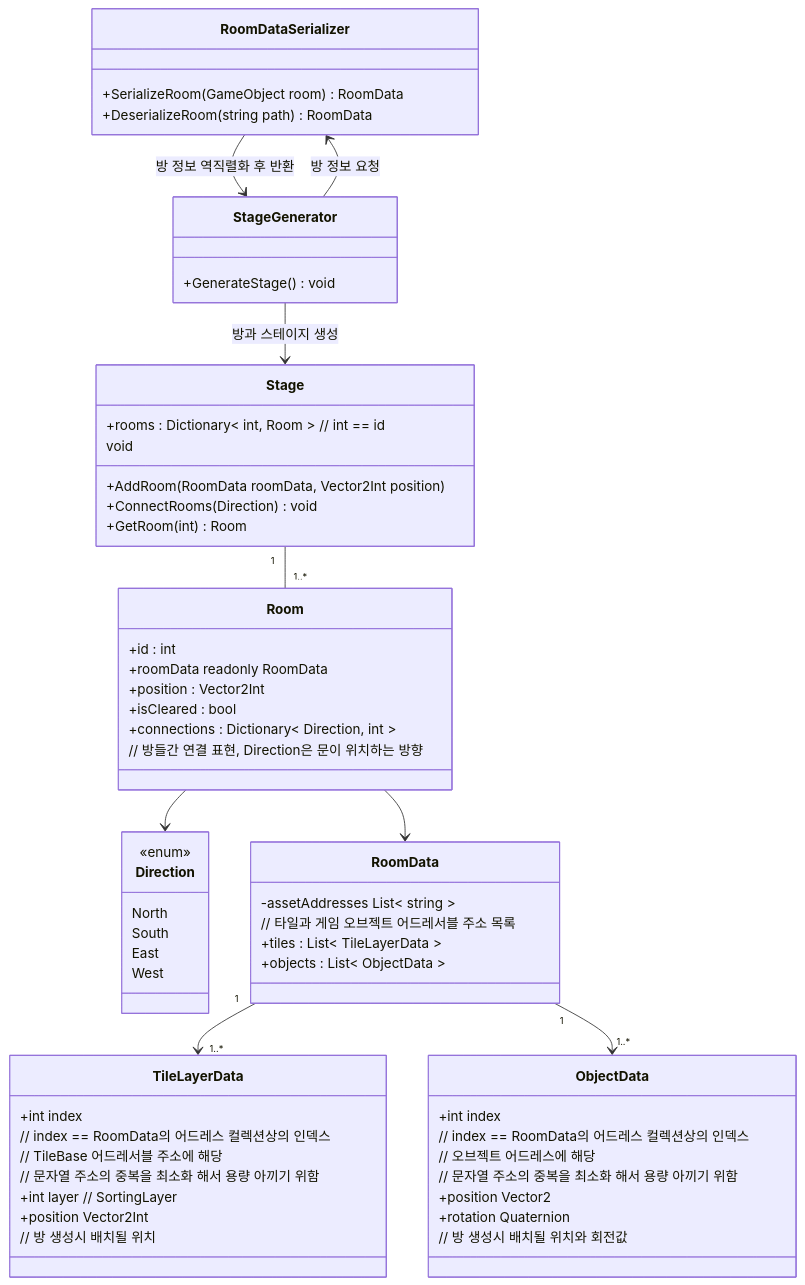
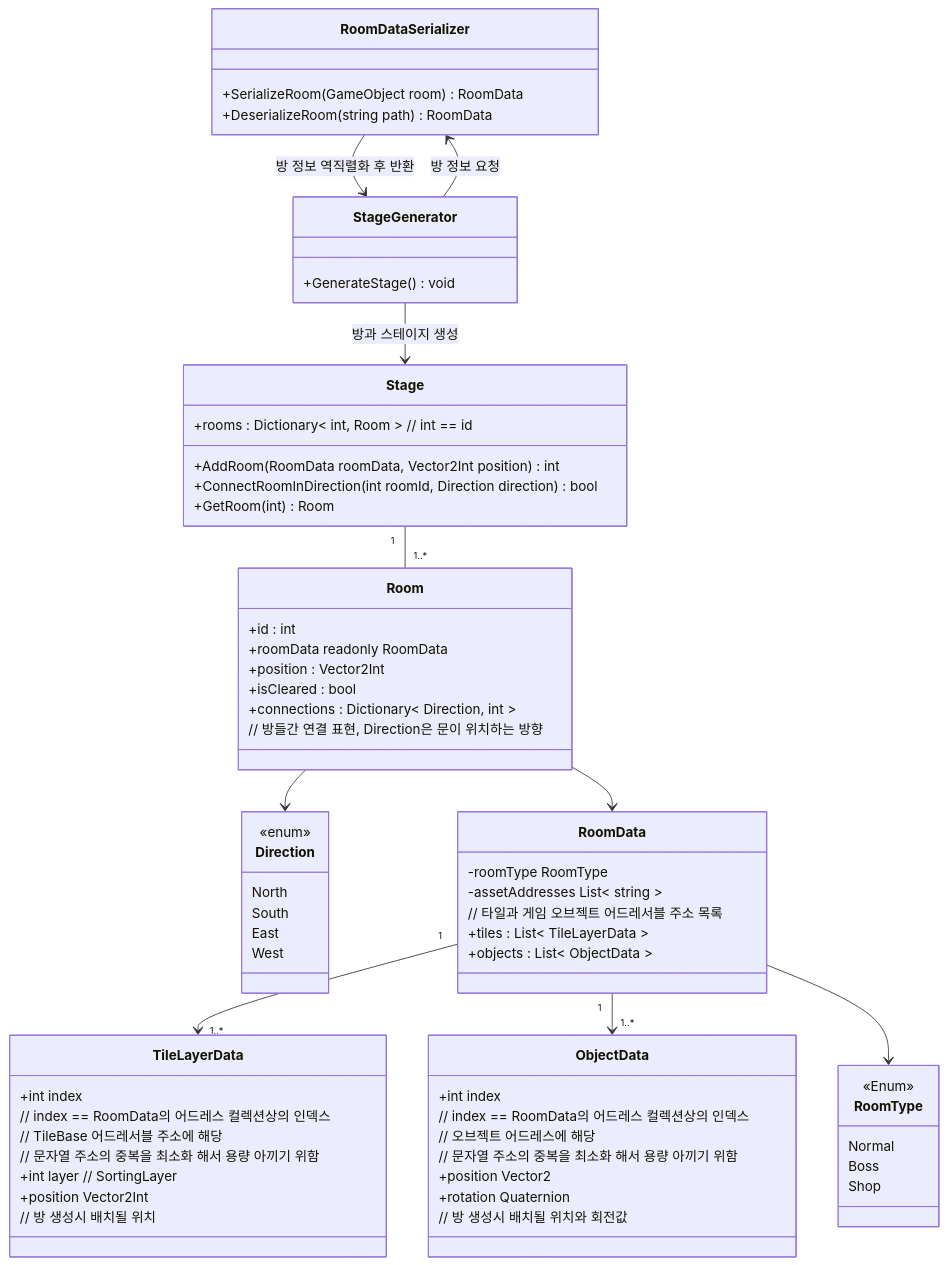
One commit to JIN5EOK/DungeonShooter changed the first of 4 diagrams in Assets/_README/Stage_Spec.md. Above: the diagram before and after it, drawn with Mermaid. The commit also changed other lines of this file, not shown here.

````diff
--- a/Assets/_README/Stage_Spec.md
+++ b/Assets/_README/Stage_Spec.md
@@ -38,67 +7,76 @@
 ```mermaid
 classDiagram
     class Direction {
         <<enum>>
         North
         South
         East
         West
     }
     class Stage {
         +rooms : Dictionary< int, Room > // int == id
-        +AddRoom(RoomData roomData, Vector2Int position) 
-        void
-        +ConnectRooms(Direction) void
+        +AddRoom(RoomData roomData, Vector2Int position) int
+        +ConnectRoomInDirection(int roomId, Direction direction) bool
         +GetRoom(int) Room
     }
     class Room {
         +id : int
         +roomData readonly RoomData 
         +position : Vector2Int
         +isCleared : bool
         +connections : Dictionary< Direction, int > 
         // 방들간 연결 표현, Direction은 문이 위치하는 방향
     }
     class RoomData {
+        -roomType RoomType
         -assetAddresses List< string >
         // 타일과 게임 오브젝트 어드레서블 주소 목록
         +tiles : List< TileLayerData >
         +objects : List< ObjectData >
     }
 
     class TileLayerData{
         +int index
         // index == RoomData의 어드레스 컬렉션상의 인덱스
         // TileBase 어드레서블 주소에 해당
         // 문자열 주소의 중복을 최소화 해서 용량 아끼기 위함
         +int layer // SortingLayer
         +position Vector2Int
         // 방 생성시 배치될 위치
     }
 
     class ObjectData{
         +int index
         // index == RoomData의 어드레스 컬렉션상의 인덱스
         // 오브젝트 어드레스에 해당
         // 문자열 주소의 중복을 최소화 해서 용량 아끼기 위함
         +position Vector2
         +rotation Quaternion
         // 방 생성시 배치될 위치와 회전값
     }
 
     class RoomDataSerializer{
         +SerializeRoom(GameObject room) RoomData
         +DeserializeRoom(string path) RoomData
     }
     class StageGenerator{
         +GenerateStage() void
     }
+
+    class RoomType{
+        <<Enum>>
+        Normal
+        Boss
+        Shop
+    }
+
     Room --> Direction
     StageGenerator --> RoomDataSerializer : 방 정보 요청
     StageGenerator --> Stage : 방과 스테이지 생성
     RoomDataSerializer -->  StageGenerator : 방 정보 역직렬화 후 반환
     Stage "1" -- "1..*" Room
     Room --> RoomData
     RoomData "1"-->"1..*" TileLayerData
     RoomData "1"-->"1..*" ObjectData
+    RoomData --> RoomType
 ```
````
